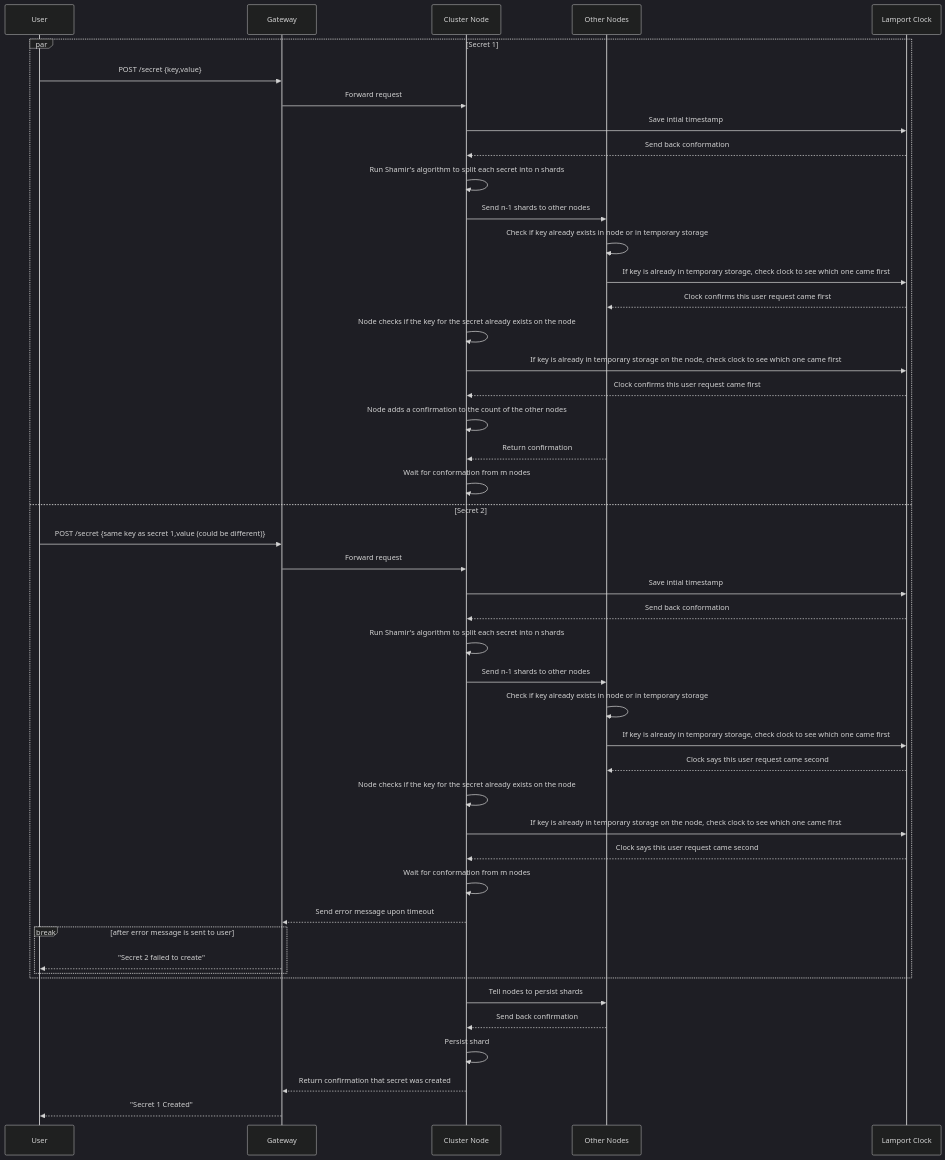
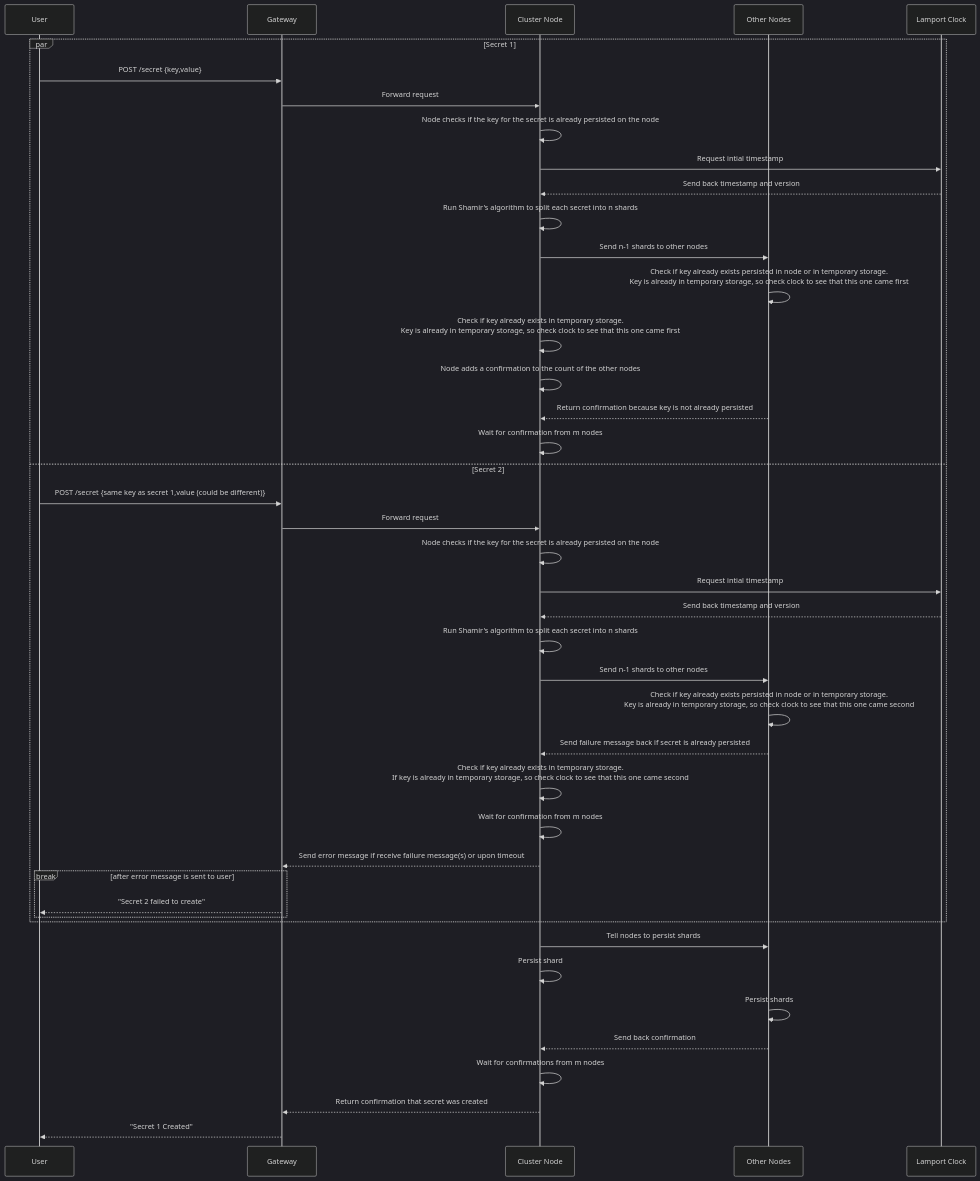
Before and after one commit to S26-Distributed-Capstone/DistributedSecretsVault: the second of 2 diagrams in docs/crud/create.md, drawn with Mermaid (dark theme). The commit also changed other lines of this file, not shown here.

Commit message:
Updated happy path cases

````diff
--- a/docs/crud/create.md
+++ b/docs/crud/create.md
@@ -80,49 +87,46 @@
 ```mermaid
 sequenceDiagram
     participant User
     participant Gateway
     participant Node as Cluster Node
     participant Peers as Other Nodes
     participant Clock as Lamport Clock
 
     par Secret 1
       User->>Gateway: POST /secret {key,value}
       Gateway->>Node: Forward request
-      Node->>Clock: Save intial timestamp
-      Clock-->>Node: Send back conformation
+      Node->>Node: Node checks if the key for the secret is already persisted on the node
+      Node->>Clock: Request intial timestamp
+      Clock-->>Node: Send back timestamp and version
       Node->>Node: Run Shamir's algorithm to split each secret into n shards
       Node->>Peers: Send n-1 shards to other nodes
-      Peers->>Peers: Check if key already exists in node or in temporary storage
-      Peers->>Clock: If key is already in temporary storage, check clock to see which one came first
-      Clock-->>Peers: Clock confirms this user request came first
-      Node->>Node: Node checks if the key for the secret already exists on the node
-      Node->>Clock: If key is already in temporary storage on the node, check clock to see which one came first
-      Clock-->>Node: Clock confirms this user request came first
+      Peers->>Peers: Check if key already exists persisted in node or in temporary storage.<br> Key is already in temporary storage, so check clock to see that this one came first
+      Node->>Node: Check if key already exists in temporary storage.<br> Key is already in temporary storage, so check clock to see that this one came first
       Node->>Node: Node adds a confirmation to the count of the other nodes
-      Peers-->>Node: Return confirmation
-      Node->>Node: Wait for conformation from m nodes
+      Peers-->>Node: Return confirmation because key is not already persisted
+      Node->>Node: Wait for confirmation from m nodes
     and Secret 2
       User->>Gateway: POST /secret {same key as secret 1,value (could be different)}
       Gateway->>Node: Forward request
-      Node->>Clock: Save intial timestamp
-      Clock-->>Node: Send back conformation
+      Node->>Node: Node checks if the key for the secret is already persisted on the node
+      Node->>Clock: Request intial timestamp
+      Clock-->>Node: Send back timestamp and version
       Node->>Node: Run Shamir's algorithm to split each secret into n shards
       Node->>Peers: Send n-1 shards to other nodes
-      Peers->>Peers: Check if key already exists in node or in temporary storage
-      Peers->>Clock: If key is already in temporary storage, check clock to see which one came first
-      Clock-->>Peers: Clock says this user request came second
-      Node->>Node: Node checks if the key for the secret already exists on the node
-      Node->>Clock: If key is already in temporary storage on the node, check clock to see which one came first
-      Clock-->>Node: Clock says this user request came second
-      Node->>Node: Wait for conformation from m nodes
-      Node-->>Gateway: Send error message upon timeout
+      Peers->>Peers: Check if key already exists persisted in node or in temporary storage.<br> Key is already in temporary storage, so check clock to see that this one came second
+      Peers-->>Node: Send failure message back if secret is already persisted
+      Node->>Node: Check if key already exists in temporary storage.<br>If key is already in temporary storage, so check clock to see that this one came second
+      Node->>Node: Wait for confirmation from m nodes
+      Node-->>Gateway: Send error message if receive failure message(s) or upon timeout
       break after error message is sent to user
         Gateway-->>User: "Secret 2 failed to create"
       end
     end
     Node->>Peers: Tell nodes to persist shards
+    Node->>Node: Persist shard
+    Peers->>Peers: Persist shards
     Peers-->>Node: Send back confirmation
-    Node->>Node: Persist shard
+    Node->>Node: Wait for confirmations from m nodes
     Node-->>Gateway: Return confirmation that secret was created
     Gateway-->>User: "Secret 1 Created"
 ```
````
